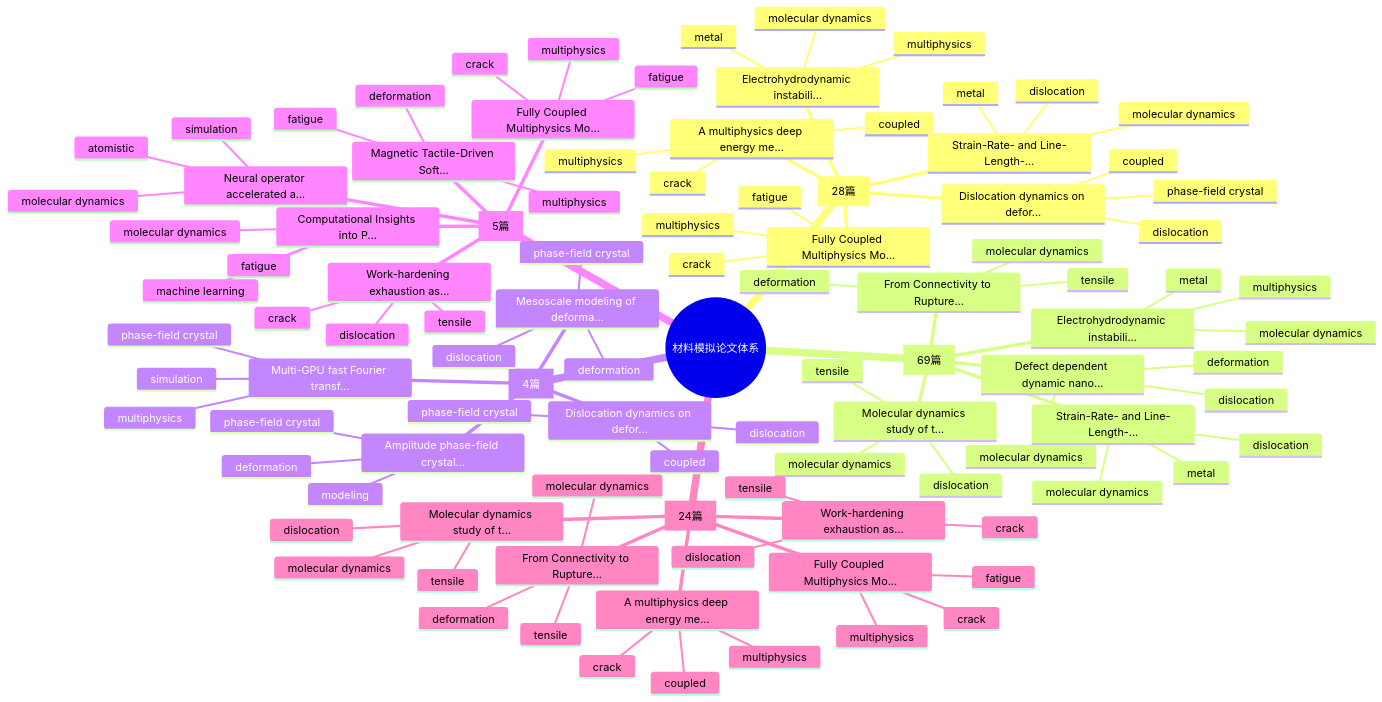
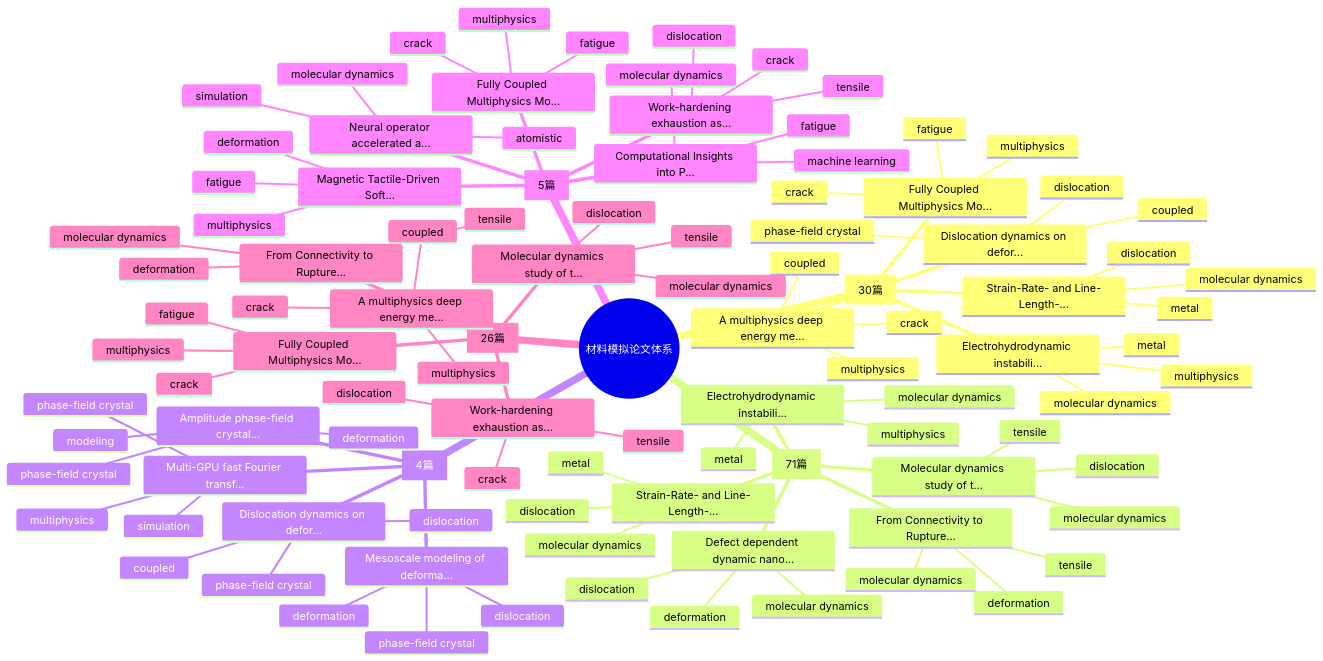
Before and after one commit to Shirakawa11111/BJK_readpaper: the first of 2 diagrams in README.md, drawn with Mermaid. The commit also changed other lines of this file and 21 other files, not shown here.

````diff
--- a/README.md
+++ b/README.md
@@ -94,7 +94,7 @@
 ```mermaid
 mindmap
   root((材料模拟论文体系))
-    Multiphysics Coupling [28篇]
+    Multiphysics Coupling [30篇]
       Fully Coupled Multiphysics Mo...
         fatigue
         multiphysics
@@ -115,7 +115,7 @@
         molecular dynamics
         dislocation
         metal
-    Molecular Dynamics [69篇]
+    Molecular Dynamics [71篇]
       Molecular dynamics study of t...
         molecular dynamics
         dislocation
@@ -174,7 +174,7 @@
         molecular dynamics
         atomistic
         simulation
-    Tensile / Deformation Simulation [24篇]
+    Tensile / Deformation Simulation [26篇]
       Fully Coupled Multiphysics Mo...
         fatigue
         multiphysics
````
